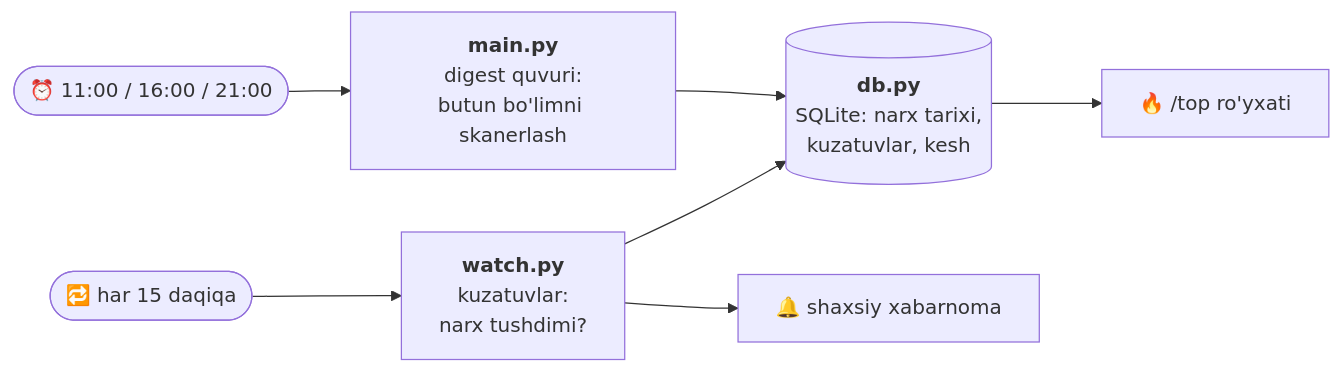
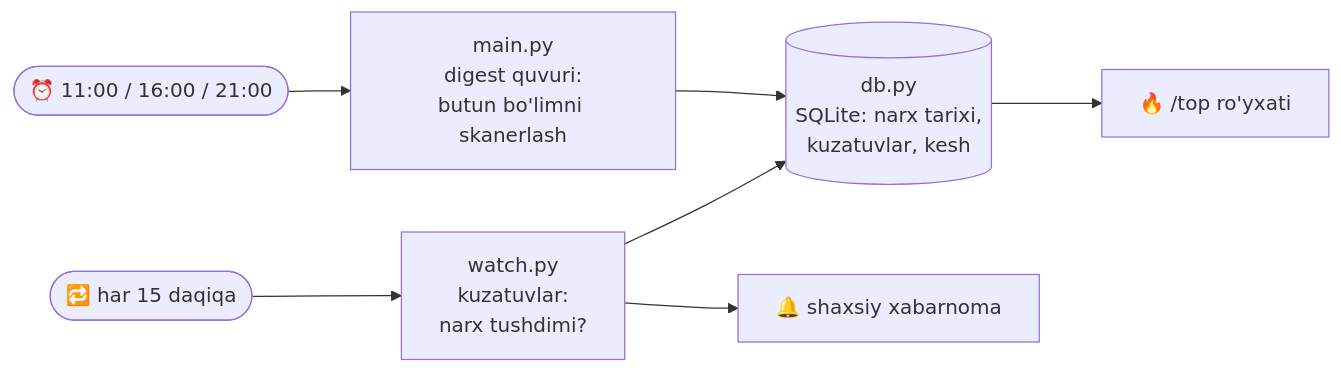
Before and after one commit to VohidovTohirjon/telegram-deal-hunter: the second of 2 diagrams in README.md, drawn with Mermaid. The commit also changed other lines of this file, not shown here.

First line of the commit message:
docs: mermaid diagrammalar yorliqlarini soddalashtirish

````diff
--- a/README.md
+++ b/README.md
@@ -210,9 +210,9 @@
 ```mermaid
 flowchart LR
-    T1(["⏰ 11:00 / 16:00 / 21:00"]) --> M["<b>main.py</b><br/>digest quvuri:<br/>butun bo'limni skanerlash"]
-    T2(["🔁 har 15 daqiqa"]) --> W["<b>watch.py</b><br/>kuzatuvlar:<br/>narx tushdimi?"]
-    M --> DB[("<b>db.py</b><br/>SQLite: narx tarixi,<br/>kuzatuvlar, kesh")]
+    T1(["⏰ 11:00 / 16:00 / 21:00"]) --> M["main.py<br/>digest quvuri:<br/>butun bo'limni skanerlash"]
+    T2(["🔁 har 15 daqiqa"]) --> W["watch.py<br/>kuzatuvlar:<br/>narx tushdimi?"]
+    M --> DB[("db.py<br/>SQLite: narx tarixi,<br/>kuzatuvlar, kesh")]
     W --> DB
     DB --> TOP["🔥 /top ro'yxati"]
     W --> N["🔔 shaxsiy xabarnoma"]
 ```
````
